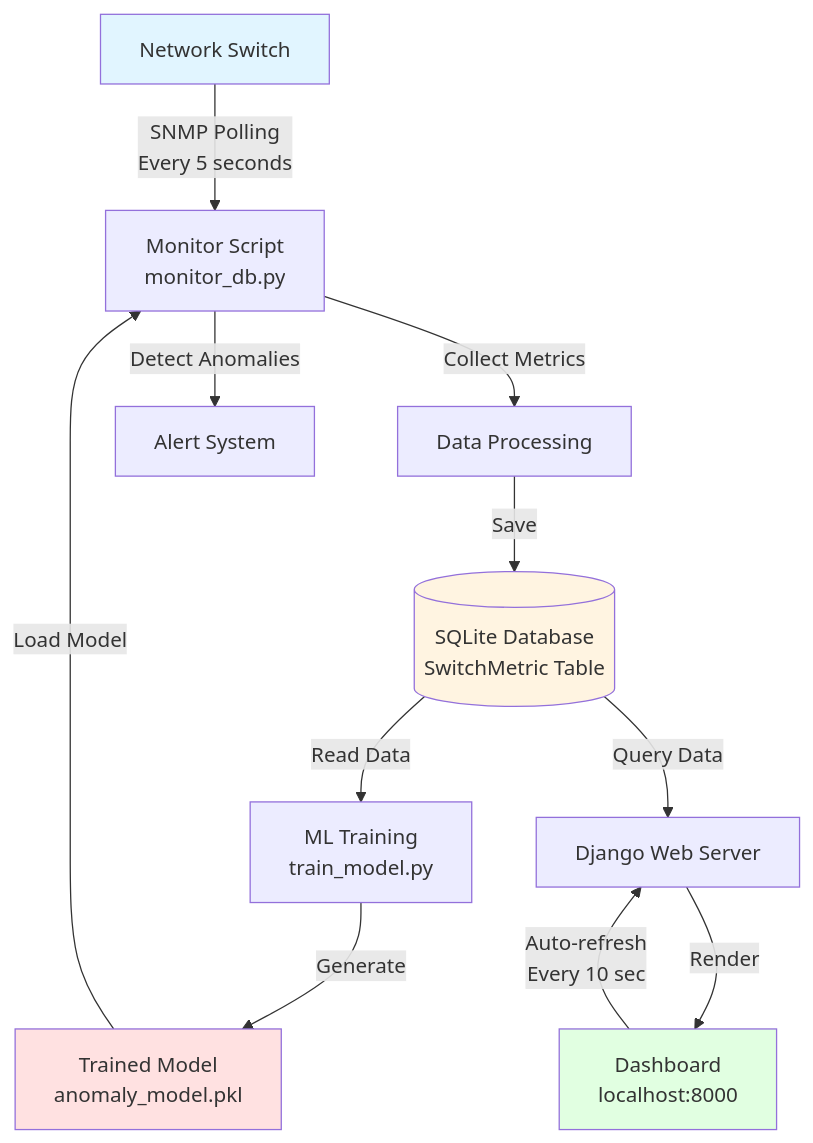
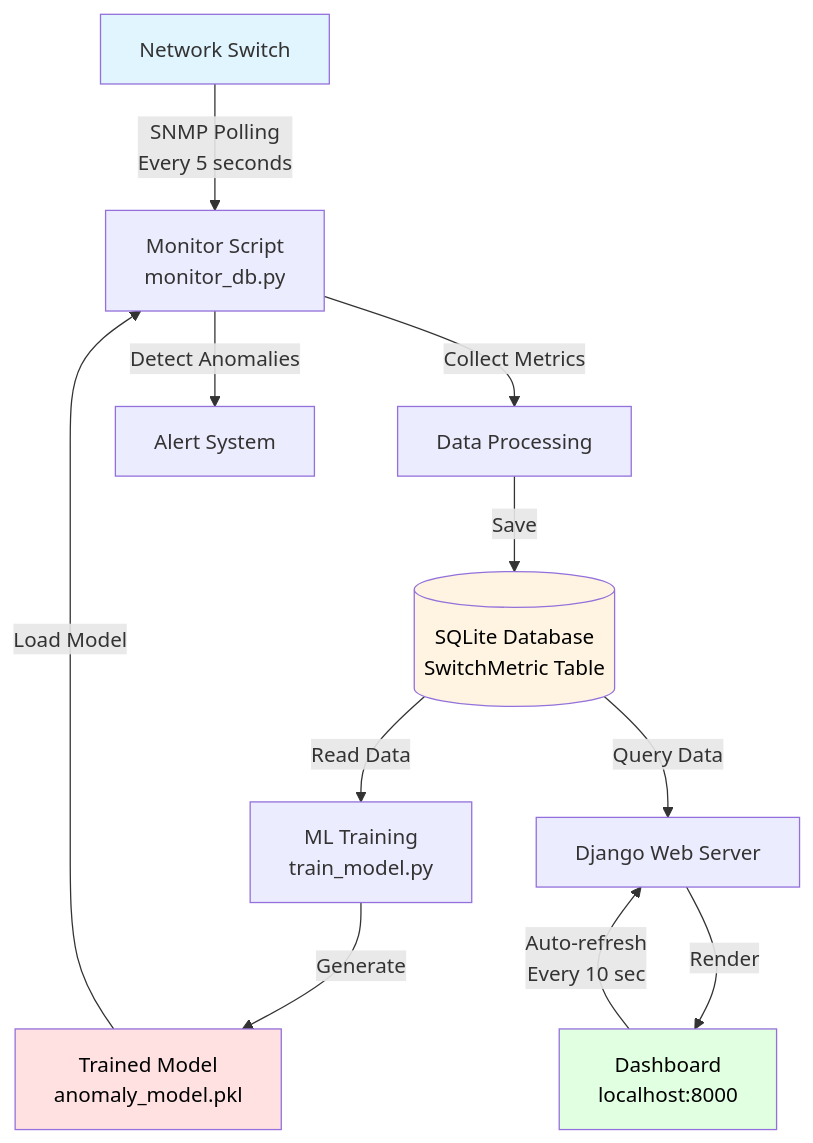
One commit to Arnav-Naive/network-monitor-ai changed the diagram in docs/system-architecture.md. Above: the diagram before and after it, drawn with Mermaid.

Commit message:
color visibility

````diff
--- a/docs/system-architecture.md
+++ b/docs/system-architecture.md
@@ -5,18 +5,21 @@
 ```mermaid
 flowchart TD
     A[Network Switch] -->|SNMP Polling<br/>Every 5 seconds| B[Monitor Script<br/>monitor_db.py]
     B -->|Collect Metrics| C[Data Processing]
     C -->|Save| D[(SQLite Database<br/>SwitchMetric Table)]
     D -->|Read Data| E[ML Training<br/>train_model.py]
     E -->|Generate| F[Trained Model<br/>anomaly_model.pkl]
     F -->|Load Model| B
     B -->|Detect Anomalies| G[Alert System]
     D -->|Query Data| H[Django Web Server]
     H -->|Render| I[Dashboard<br/>localhost:8000]
     I -->|Auto-refresh<br/>Every 10 sec| H
     
     style A fill:#e1f5ff
     style D fill:#fff4e1
     style F fill:#ffe1e1
     style I fill:#e1ffe1
+    style D fill:#fff4e1,color:#000
+    style F fill:#ffe1e1,color:#000
+    style I fill:#e1ffe1,color:#000
 ```
````
